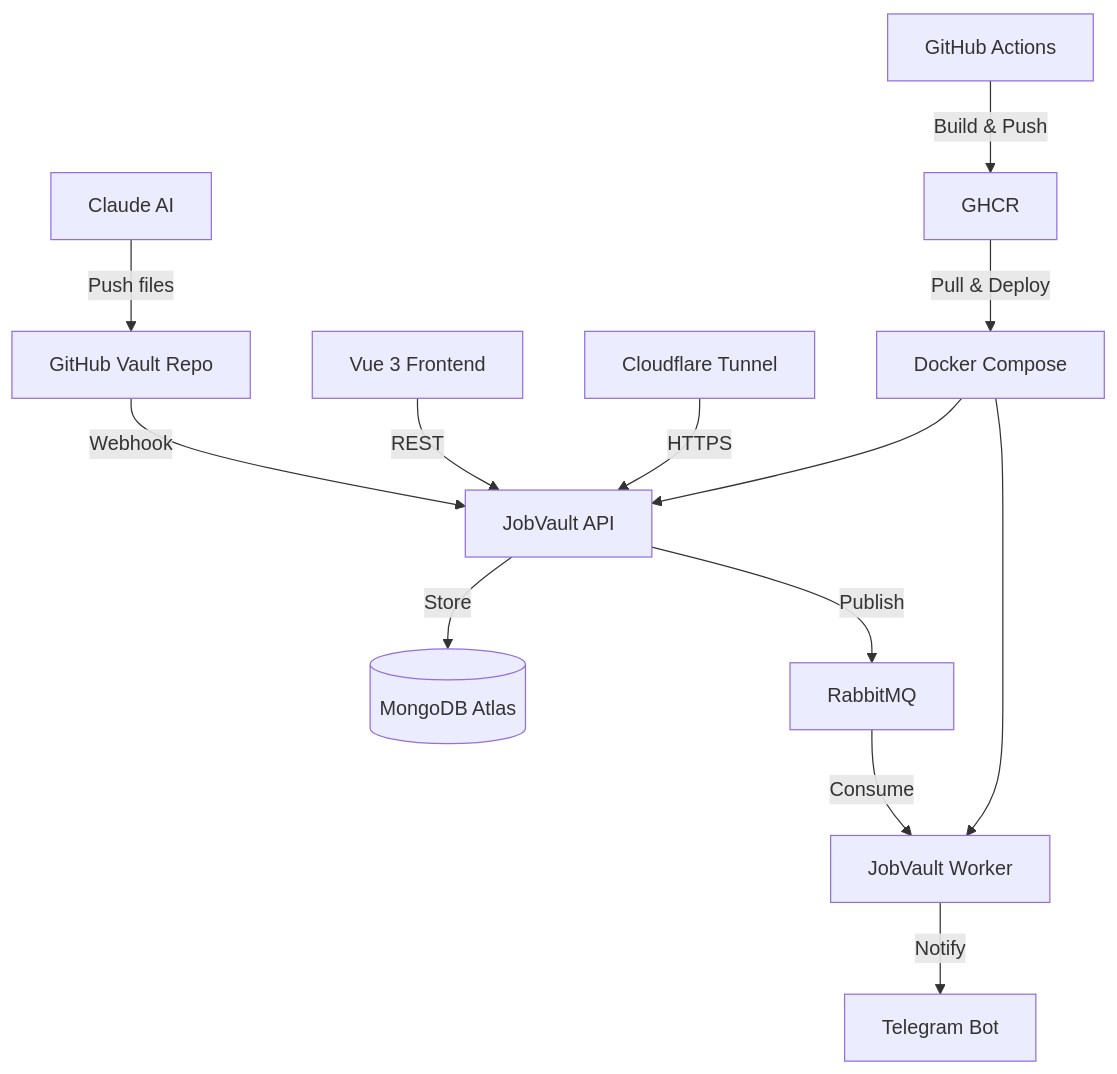
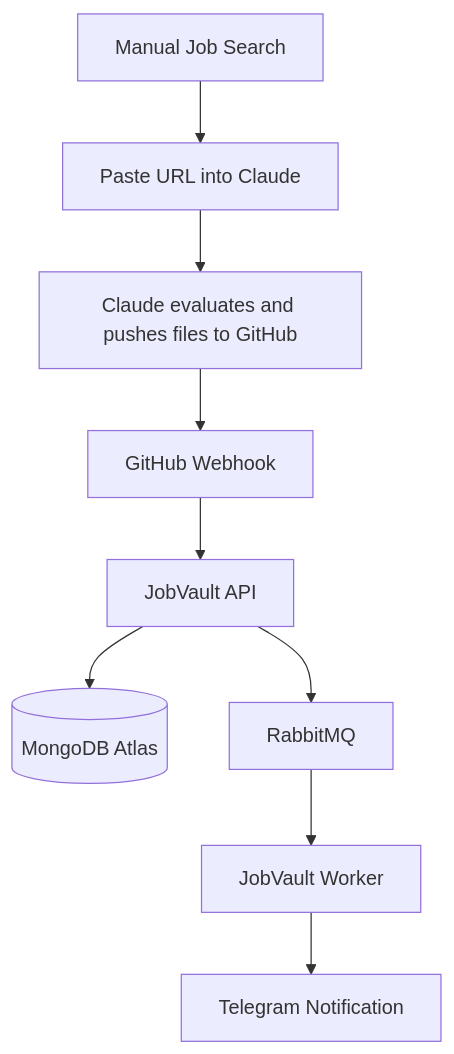
Before and after one commit to k-bilaluddin/jobvault: the first of 2 diagrams in README.md, drawn with Mermaid. The commit also changed other lines of this file, not shown here.

````diff
--- a/README.md
+++ b/README.md
@@ -53,15 +118,11 @@
 ```mermaid
 flowchart TD
-    A[Claude AI] -->|Push files| B[GitHub Vault Repo]
-    B -->|Webhook| C[JobVault API]
-    C -->|Store| D[(MongoDB Atlas)]
-    C -->|Publish| E[RabbitMQ]
-    E -->|Consume| F[JobVault Worker]
-    F -->|Notify| G[Telegram Bot]
-    L[Vue 3 Frontend] -->|REST| C
-    H[Cloudflare Tunnel] -->|HTTPS| C
-    I[GitHub Actions] -->|Build & Push| J[GHCR]
-    J -->|Pull & Deploy| K[Docker Compose]
-    K --> C
-    K --> F
+    A[Manual Job Search] --> B[Paste URL into Claude]
+    B --> C[Claude evaluates and pushes files to GitHub]
+    C --> D[GitHub Webhook]
+    D --> E[JobVault API]
+    E --> F[(MongoDB Atlas)]
+    E --> G[RabbitMQ]
+    G --> H[JobVault Worker]
+    H --> I[Telegram Notification]
 ```
````
